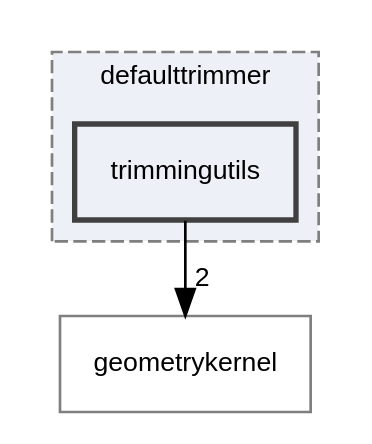
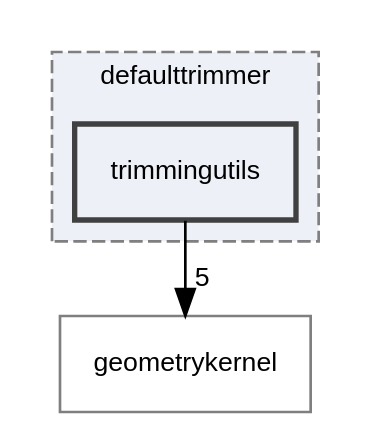
The diagram in dir_75403dd546d989c4e56d84af3932dae7_dep.dot (rath3t/dune-iga-doc), drawn with Graphviz before and after one commit. The commit also changed 1739 other files, not shown here.

```diff
--- a/dir_75403dd546d989c4e56d84af3932dae7_dep.dot
+++ b/dir_75403dd546d989c4e56d84af3932dae7_dep.dot
@@ -1,13 +1,13 @@
 digraph "trimmingutils"
 {
  // LATEX_PDF_SIZE
   edge [fontname="Helvetica",fontsize="10",labelfontname="Helvetica",labelfontsize="10"];
   node [fontname="Helvetica",fontsize="10",shape=record];
   compound=true
   subgraph clusterdir_265321845ed2650d675b22a94b62262d {
     graph [ bgcolor="#edf0f7", pencolor="grey50", style="filled,dashed,", label="defaulttrimmer", fontname="Helvetica", fontsize="10", URL="dir_265321845ed2650d675b22a94b62262d.html"]
   dir_75403dd546d989c4e56d84af3932dae7 [shape=box, label="trimmingutils", style="filled,bold,", fillcolor="#edf0f7", color="grey25", URL="dir_75403dd546d989c4e56d84af3932dae7.html"];
   }
   dir_98571e7345f7327fea7723ec1a12d870 [shape=box, label="geometrykernel", style="", fillcolor="#edf0f7", color="grey50", URL="dir_98571e7345f7327fea7723ec1a12d870.html"];
-  dir_75403dd546d989c4e56d84af3932dae7->dir_98571e7345f7327fea7723ec1a12d870 [headlabel="2", labeldistance=1.5 headhref="dir_000021_000006.html"];
+  dir_75403dd546d989c4e56d84af3932dae7->dir_98571e7345f7327fea7723ec1a12d870 [headlabel="5", labeldistance=1.5 headhref="dir_000021_000006.html"];
 }
```
